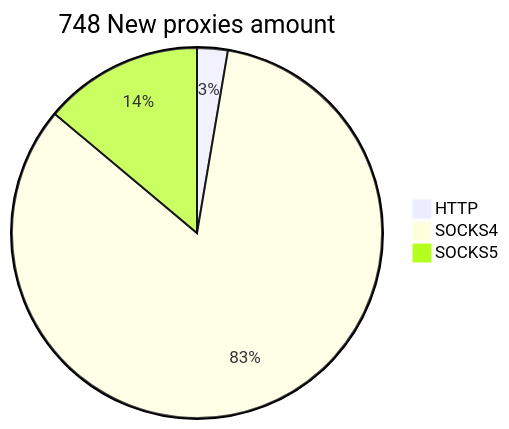
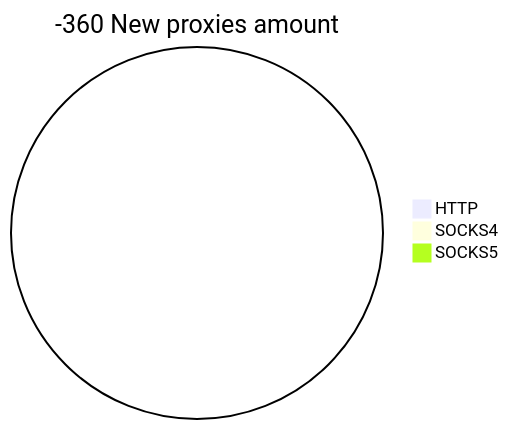
The second of 2 diagrams in README.md (cutipu/proxylist), drawn with Mermaid before and after one commit. The commit also changed other lines of this file, not shown here.

````diff
--- a/README.md
+++ b/README.md
@@ -10,6 +10,6 @@
 ```mermaid
-pie title 748 New proxies amount
-    "HTTP" : 20
-    "SOCKS4" : 624
-    "SOCKS5" : 104
+pie title -360 New proxies amount
+    "HTTP" : 0
+    "SOCKS4" : 0
+    "SOCKS5" : 0
 ```
````
